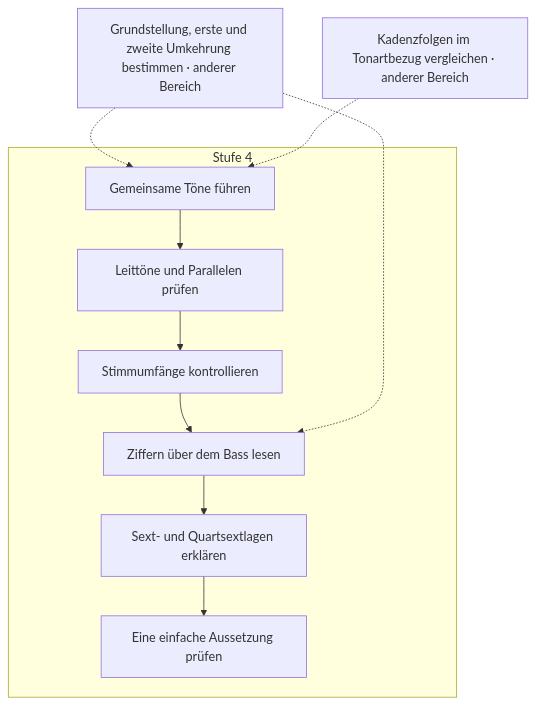
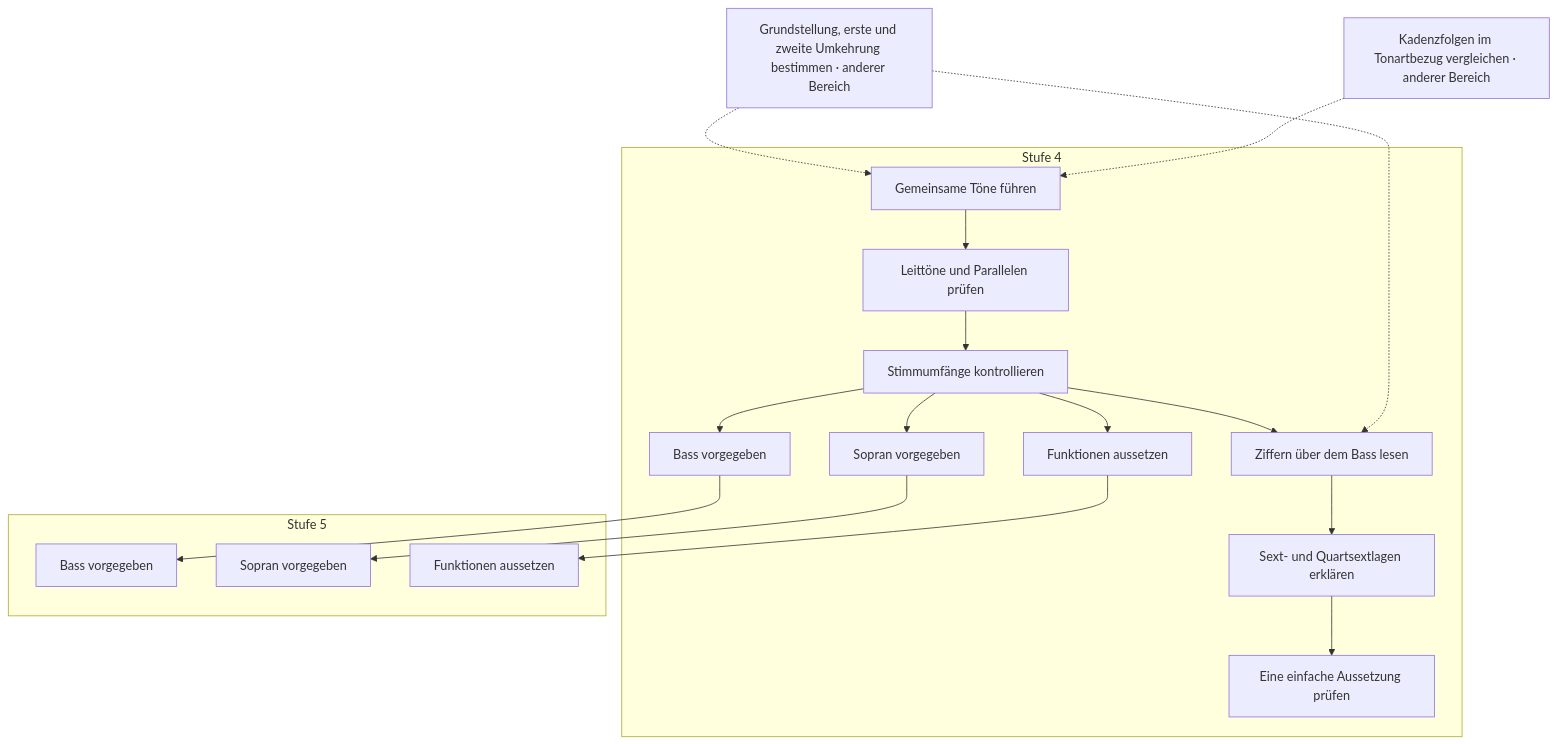
Diagram 14 of 16 in docs/plan/faehigkeitsgraph-diagramme.md (PhiFa96/harmonia), drawn with Mermaid before and after one commit. The commit also changed other lines of this file and 55 other files, not shown here.

````diff
--- a/docs/plan/faehigkeitsgraph-diagramme.md
+++ b/docs/plan/faehigkeitsgraph-diagramme.md
@@ -975,21 +983,35 @@
 ```mermaid
 flowchart TD
   subgraph level4["Stufe 4"]
     s138["Gemeinsame Töne führen"]
     s139["Leittöne und Parallelen prüfen"]
     s140["Stimmumfänge kontrollieren"]
     s141["Ziffern über dem Bass lesen"]
     s142["Sext- und Quartsextlagen erklären"]
     s143["Eine einfache Aussetzung prüfen"]
+    s165["Bass vorgegeben"]
+    s166["Sopran vorgegeben"]
+    s167["Funktionen aussetzen"]
+  end
+  subgraph level5["Stufe 5"]
+    s168["Bass vorgegeben"]
+    s169["Sopran vorgegeben"]
+    s170["Funktionen aussetzen"]
   end
   s73["Grundstellung, erste und zweite Umkehrung bestimmen · anderer Bereich"]
   s101["Kadenzfolgen im Tonartbezug vergleichen · anderer Bereich"]
   s73 -.-> s138
   s101 -.-> s138
   s138 --> s139
   s139 --> s140
   s140 --> s141
   s73 -.-> s141
   s141 --> s142
   s142 --> s143
+  s140 --> s165
+  s140 --> s166
+  s140 --> s167
+  s165 --> s168
+  s166 --> s169
+  s167 --> s170
 ```
````
